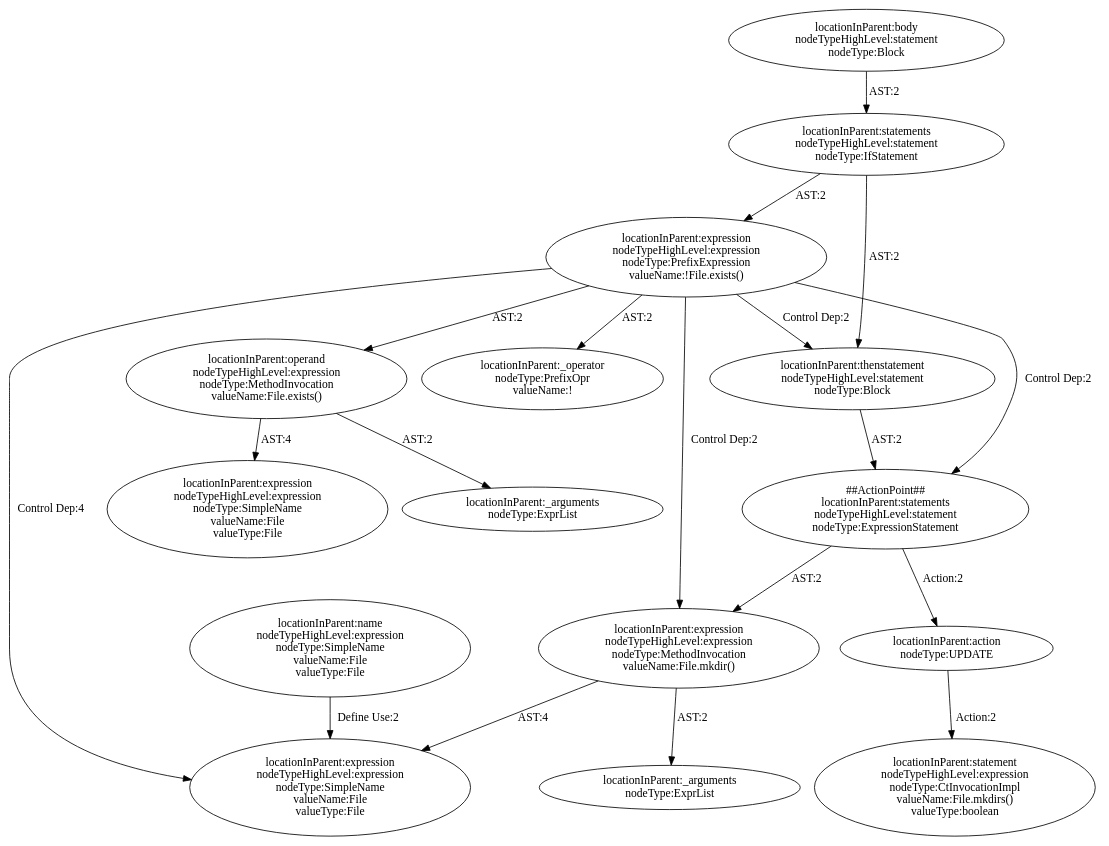
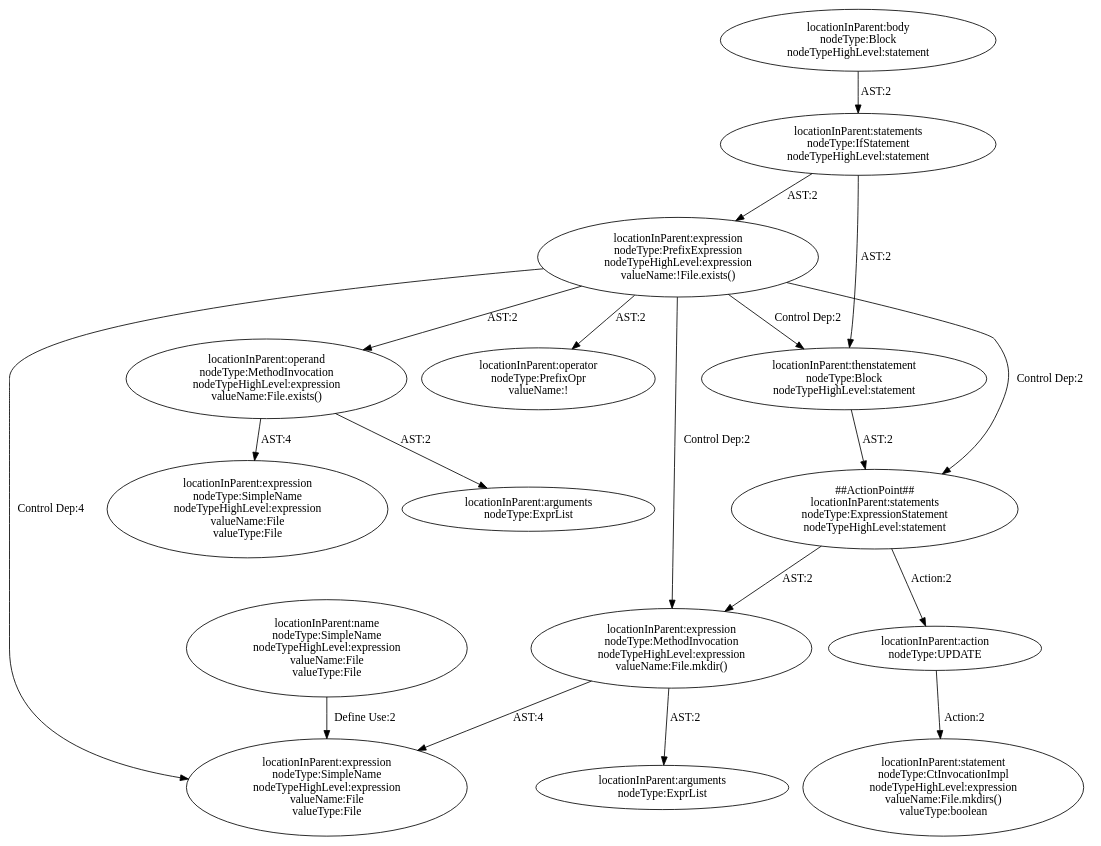
One commit to ssmingz/FixGen changed the diagram in codegraph/out/pattern74-75_abstract.dot. Above: the diagram before and after it, drawn with Graphviz. The commit also changed 13 other files, not shown here.

```diff
--- a/codegraph/out/pattern74-75_abstract.dot
+++ b/codegraph/out/pattern74-75_abstract.dot
@@ -1,35 +1,35 @@
 digraph "Pattern" {
-0 [label="##ActionPoint##\nlocationInParent:statements\nnodeTypeHighLevel:statement\nnodeType:ExpressionStatement" shape=ellipse]
-1 [label="locationInParent:expression\nnodeTypeHighLevel:expression\nnodeType:PrefixExpression\nvalueName:!File.exists()" shape=ellipse]
-2 [label="locationInParent:thenstatement\nnodeTypeHighLevel:statement\nnodeType:Block" shape=ellipse]
-3 [label="locationInParent:expression\nnodeTypeHighLevel:expression\nnodeType:MethodInvocation\nvalueName:File.mkdir()" shape=ellipse]
+0 [label="##ActionPoint##\nlocationInParent:statements\nnodeType:ExpressionStatement\nnodeTypeHighLevel:statement" shape=ellipse]
+1 [label="locationInParent:expression\nnodeType:PrefixExpression\nnodeTypeHighLevel:expression\nvalueName:!File.exists()" shape=ellipse]
+2 [label="locationInParent:thenstatement\nnodeType:Block\nnodeTypeHighLevel:statement" shape=ellipse]
+3 [label="locationInParent:expression\nnodeType:MethodInvocation\nnodeTypeHighLevel:expression\nvalueName:File.mkdir()" shape=ellipse]
 4 [label="locationInParent:action\nnodeType:UPDATE" shape=ellipse]
-5 [label="locationInParent:statements\nnodeTypeHighLevel:statement\nnodeType:IfStatement" shape=ellipse]
-6 [label="locationInParent:operand\nnodeTypeHighLevel:expression\nnodeType:MethodInvocation\nvalueName:File.exists()" shape=ellipse]
-7 [label="locationInParent:_operator\nnodeType:PrefixOpr\nvalueName:!" shape=ellipse]
-8 [label="locationInParent:expression\nnodeTypeHighLevel:expression\nnodeType:SimpleName\nvalueName:File\nvalueType:File" shape=ellipse]
-9 [label="locationInParent:body\nnodeTypeHighLevel:statement\nnodeType:Block" shape=ellipse]
-10 [label="locationInParent:expression\nnodeTypeHighLevel:expression\nnodeType:SimpleName\nvalueName:File\nvalueType:File" shape=ellipse]
-11 [label="locationInParent:_arguments\nnodeType:ExprList" shape=ellipse]
-12 [label="locationInParent:name\nnodeTypeHighLevel:expression\nnodeType:SimpleName\nvalueName:File\nvalueType:File" shape=ellipse]
-13 [label="locationInParent:_arguments\nnodeType:ExprList" shape=ellipse]
-14 [label="locationInParent:statement\nnodeTypeHighLevel:expression\nnodeType:CtInvocationImpl\nvalueName:File.mkdirs()\nvalueType:boolean" shape=ellipse]
+5 [label="locationInParent:statements\nnodeType:IfStatement\nnodeTypeHighLevel:statement" shape=ellipse]
+6 [label="locationInParent:operand\nnodeType:MethodInvocation\nnodeTypeHighLevel:expression\nvalueName:File.exists()" shape=ellipse]
+7 [label="locationInParent:operator\nnodeType:PrefixOpr\nvalueName:!" shape=ellipse]
+8 [label="locationInParent:expression\nnodeType:SimpleName\nnodeTypeHighLevel:expression\nvalueName:File\nvalueType:File" shape=ellipse]
+9 [label="locationInParent:body\nnodeType:Block\nnodeTypeHighLevel:statement" shape=ellipse]
+10 [label="locationInParent:expression\nnodeType:SimpleName\nnodeTypeHighLevel:expression\nvalueName:File\nvalueType:File" shape=ellipse]
+11 [label="locationInParent:arguments\nnodeType:ExprList" shape=ellipse]
+12 [label="locationInParent:name\nnodeType:SimpleName\nnodeTypeHighLevel:expression\nvalueName:File\nvalueType:File" shape=ellipse]
+13 [label="locationInParent:arguments\nnodeType:ExprList" shape=ellipse]
+14 [label="locationInParent:statement\nnodeType:CtInvocationImpl\nnodeTypeHighLevel:expression\nvalueName:File.mkdirs()\nvalueType:boolean" shape=ellipse]
 0 -> 3 [label="AST:2"];
 0 -> 4 [label="Action:2"];
 1 -> 0 [label="Control Dep:2"];
 1 -> 6 [label="AST:2"];
 1 -> 7 [label="AST:2"];
 1 -> 2 [label="Control Dep:2"];
 1 -> 3 [label="Control Dep:2"];
 1 -> 8 [label="Control Dep:4"];
 2 -> 0 [label="AST:2"];
 3 -> 8 [label="AST:4"];
 3 -> 13 [label="AST:2"];
 4 -> 14 [label="Action:2"];
 5 -> 1 [label="AST:2"];
 5 -> 2 [label="AST:2"];
 6 -> 10 [label="AST:4"];
 6 -> 11 [label="AST:2"];
 9 -> 5 [label="AST:2"];
 12 -> 8 [label="Define Use:2"];
 }
```
